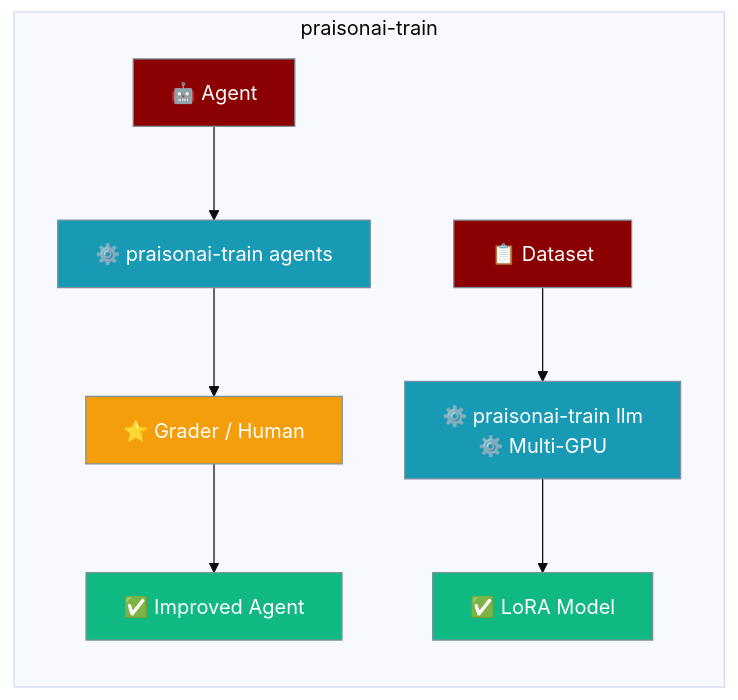
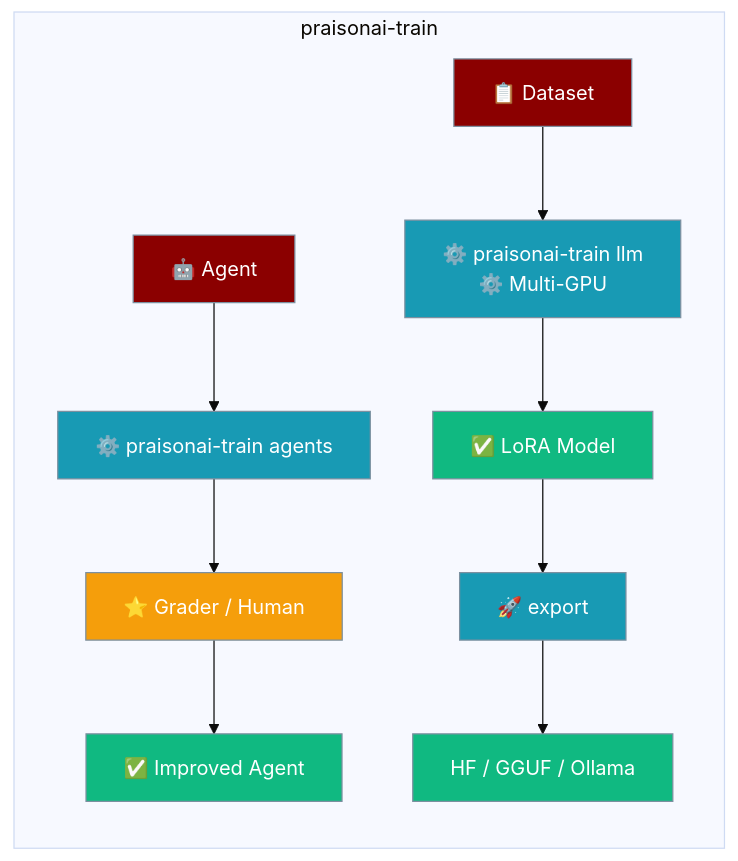
Before and after one commit to MervinPraison/PraisonAIDocs: the first of 4 diagrams in docs/features/praisonai-train-package.mdx, drawn with Mermaid (base theme). The commit also changed other lines of this file and 2 other files, not shown here.

First line of the commit message:
docs: cover praisonai-train export + non-developer robustness (fixes #2402)

````diff
--- a/docs/features/praisonai-train-package.mdx
+++ b/docs/features/praisonai-train-package.mdx
@@ -10,20 +10,22 @@
 ```mermaid
 graph LR
     subgraph "praisonai-train"
         Agent[🤖 Agent] --> Train[⚙️ praisonai-train agents]
         Train --> Grade[⭐ Grader / Human]
         Grade --> Better[✅ Improved Agent]
         Data[📋 Dataset] --> LLM["⚙️ praisonai-train llm<br/>⚙️ Multi-GPU"]
         LLM --> Model[✅ LoRA Model]
+        Model --> Export[🚀 export]
+        Export --> Dest[HF / GGUF / Ollama]
     end
 
     classDef input fill:#8B0000,stroke:#7C90A0,color:#fff
     classDef process fill:#189AB4,stroke:#7C90A0,color:#fff
     classDef grade fill:#F59E0B,stroke:#7C90A0,color:#fff
     classDef output fill:#10B981,stroke:#7C90A0,color:#fff
 
     class Agent,Data input
-    class Train,LLM process
+    class Train,LLM,Export process
     class Grade grade
-    class Better,Model output
+    class Better,Model,Dest output
 ```
````
